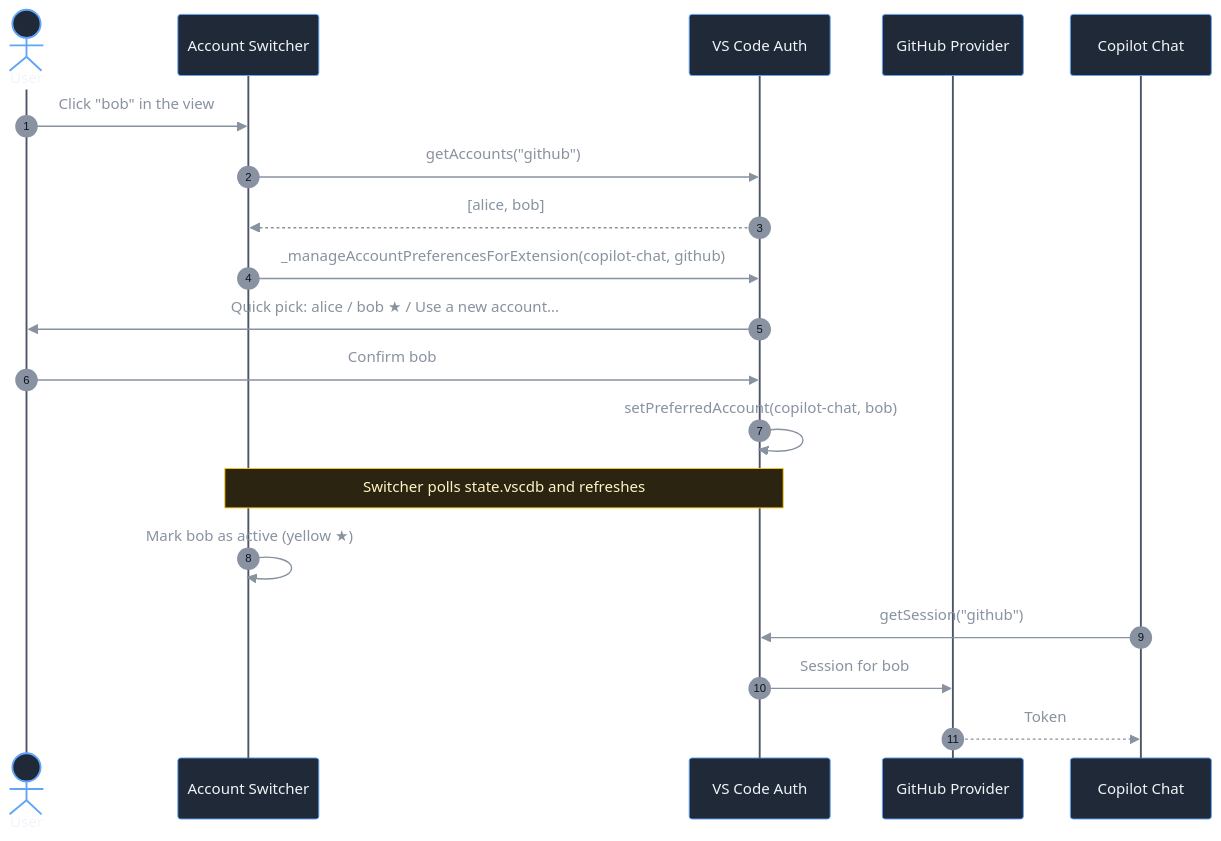
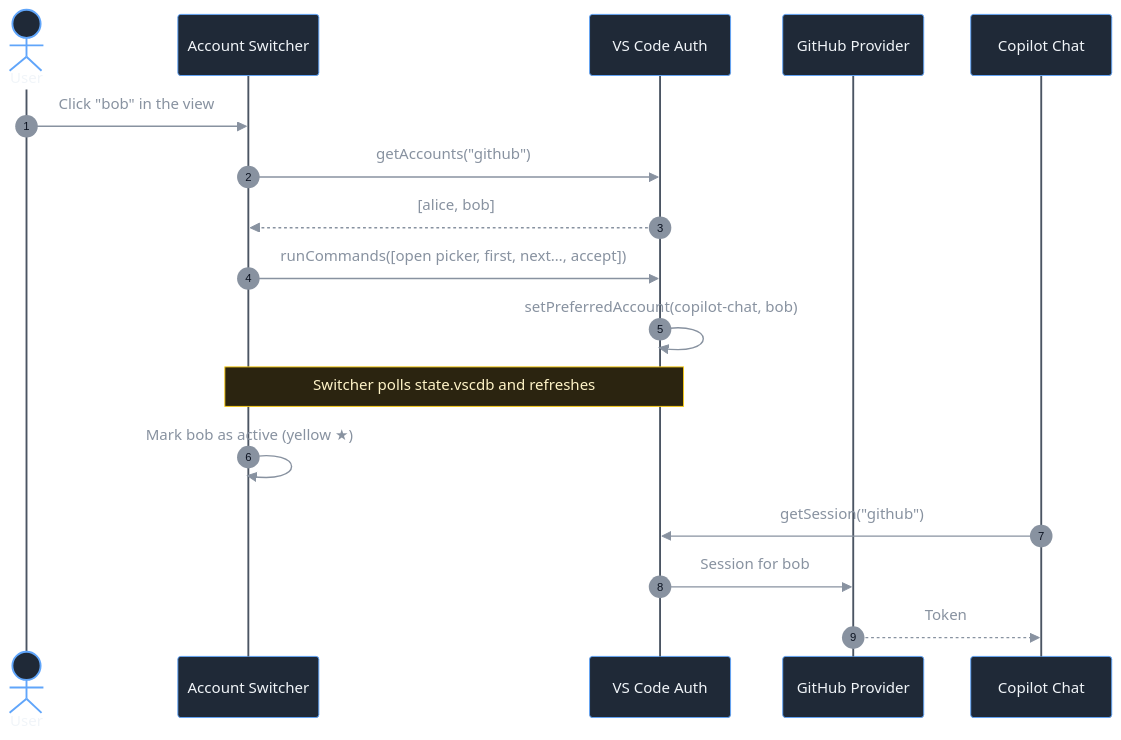
One commit to OleksiiTimofieiev/plugin changed the second of 2 diagrams in README.md. Above: the diagram before and after it, drawn with Mermaid. The commit also changed other lines of this file and 5 other files, not shown here.

````diff
--- a/README.md
+++ b/README.md
@@ -56,47 +54,45 @@
 ```mermaid
 %%{init: {
   "theme": "base",
   "themeVariables": {
     "fontFamily": "ui-sans-serif, system-ui, sans-serif",
     "primaryColor": "#1f2937",
     "primaryTextColor": "#f1f5f9",
     "primaryBorderColor": "#60a5fa",
     "actorBkg": "#1f2937",
     "actorBorder": "#60a5fa",
     "actorTextColor": "#f1f5f9",
     "actorLineColor": "#4b5563",
     "signalColor": "#8892a0",
     "signalTextColor": "#8892a0",
     "labelBoxBkgColor": "#1f2937",
     "labelBoxBorderColor": "#60a5fa",
     "labelTextColor": "#f1f5f9",
     "loopTextColor": "#f1f5f9",
     "noteBkgColor": "#2b2410",
     "noteBorderColor": "#facc15",
     "noteTextColor": "#fef3c7",
     "activationBkgColor": "#312e81",
     "activationBorderColor": "#a78bfa",
     "sequenceNumberColor": "#0b1220"
   }
 }}%%
 sequenceDiagram
     autonumber
     actor U as User
     participant E as Account Switcher
     participant V as VS Code Auth
     participant G as GitHub Provider
     participant C as Copilot Chat
 
     U->>E: Click "bob" in the view
     E->>V: getAccounts("github")
     V-->>E: [alice, bob]
-    E->>V: _manageAccountPreferencesForExtension(copilot-chat, github)
-    V->>U: Quick pick: alice / bob ★ / Use a new account...
-    U->>V: Confirm bob
+    E->>V: runCommands([open picker, first, next…, accept])
     V->>V: setPreferredAccount(copilot-chat, bob)
     Note over E,V: Switcher polls state.vscdb and refreshes
     E->>E: Mark bob as active (yellow ★)
     C->>V: getSession("github")
     V->>G: Session for bob
     G-->>C: Token
 ```
````
